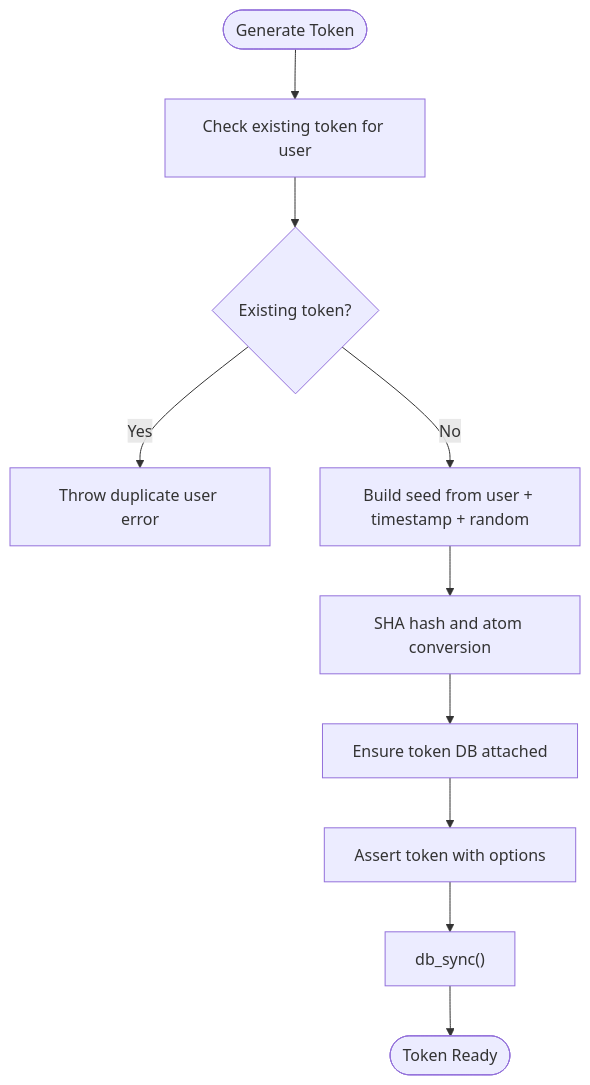
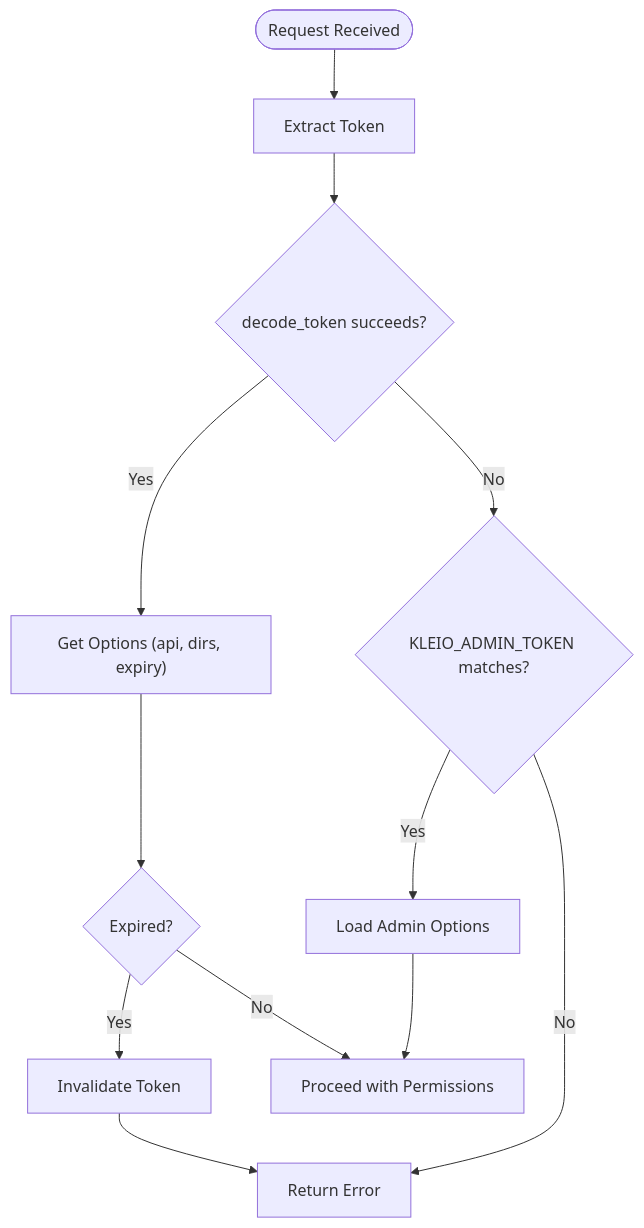
The third of 10 diagrams in .qoder/repowiki/en/content/Authentication and Security.md (time-link/timelink-kleio), drawn with Mermaid before and after one commit. The commit also changed other lines of this file and 225 other files, not shown here.

````diff
--- a/.qoder/repowiki/en/content/Authentication and Security.md
+++ b/.qoder/repowiki/en/content/Authentication and Security.md
@@ -131,12 +132,14 @@
 ```mermaid
 flowchart TD
-Start(["Generate Token"]) --> CheckUser["Check existing token for user"]
-CheckUser --> Exists{"Existing token?"}
-Exists --> |Yes| ThrowError["Throw duplicate user error"]
-Exists --> |No| BuildSeed["Build seed from user + timestamp + random"]
-BuildSeed --> Hash["SHA hash and atom conversion"]
-Hash --> AttachDB["Ensure token DB attached"]
-AttachDB --> Store["Assert token with options"]
-Store --> Sync["db_sync()"]
-Sync --> End(["Token Ready"])
+Start(["Request Received"]) --> CheckToken["Extract Token"]
+CheckToken --> Decode{"decode_token succeeds?"}
+Decode -- "Yes" --> Options["Get Options (api, dirs, expiry)"]
+Options --> ExpCheck{"Expired?"}
+ExpCheck -- "Yes" --> Invalidate["Invalidate Token"]
+Invalidate --> Deny["Return Error"]
+ExpCheck -- "No" --> Allow["Proceed with Permissions"]
+Decode -- "No" --> AdminFallback{"KLEIO_ADMIN_TOKEN matches?"}
+AdminFallback -- "Yes" --> AdminOptions["Load Admin Options"]
+AdminOptions --> Allow
+AdminFallback -- "No" --> Deny
 ```
````
